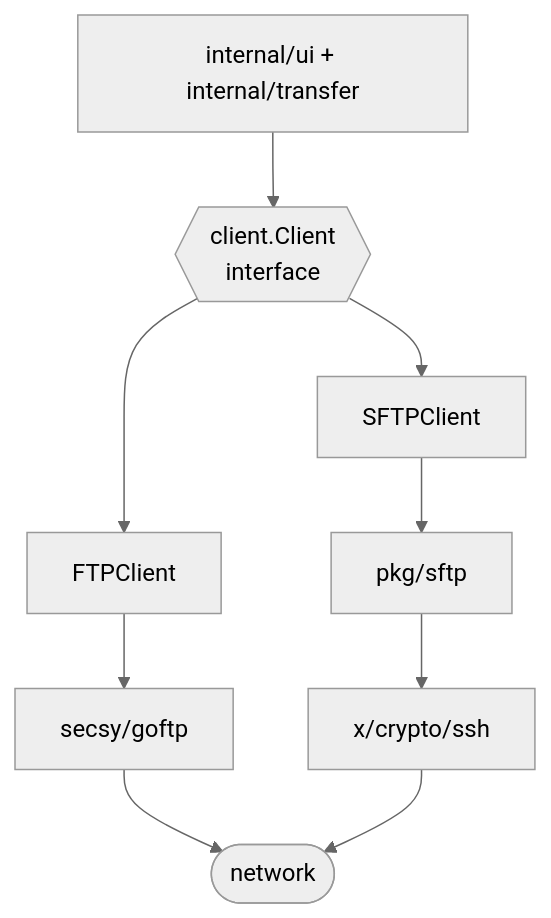
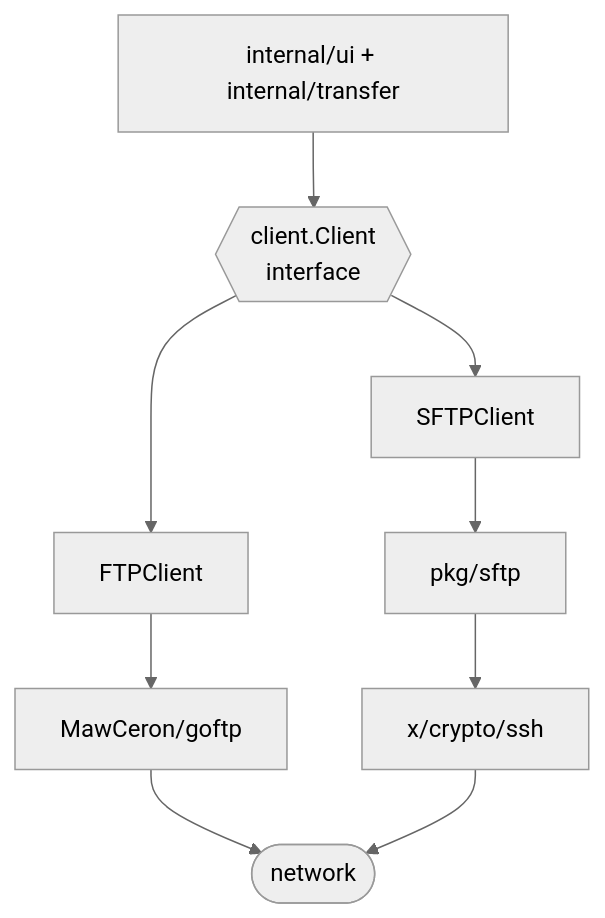
One commit to MawCeron/lazyftp changed the second of 2 diagrams in docs/architecture.md. Above: the diagram before and after it, drawn with Mermaid (neutral theme). The commit also changed other lines of this file, not shown here.

First line of the commit message:
docs: bring the architecture guide up to date with v0.4.2

````diff
--- a/docs/architecture.md
+++ b/docs/architecture.md
@@ -198,11 +198,11 @@
 ```mermaid
 flowchart TD
     UI["internal/ui + internal/transfer"] --> C{{"client.Client<br/>interface"}}
     C --> F["FTPClient"]
     C --> S["SFTPClient"]
-    F --> G["secsy/goftp"]
+    F --> G["MawCeron/goftp"]
     S --> P["pkg/sftp"]
     P --> X["x/crypto/ssh"]
     G --> N(["network"])
     X --> N
 ```
````
